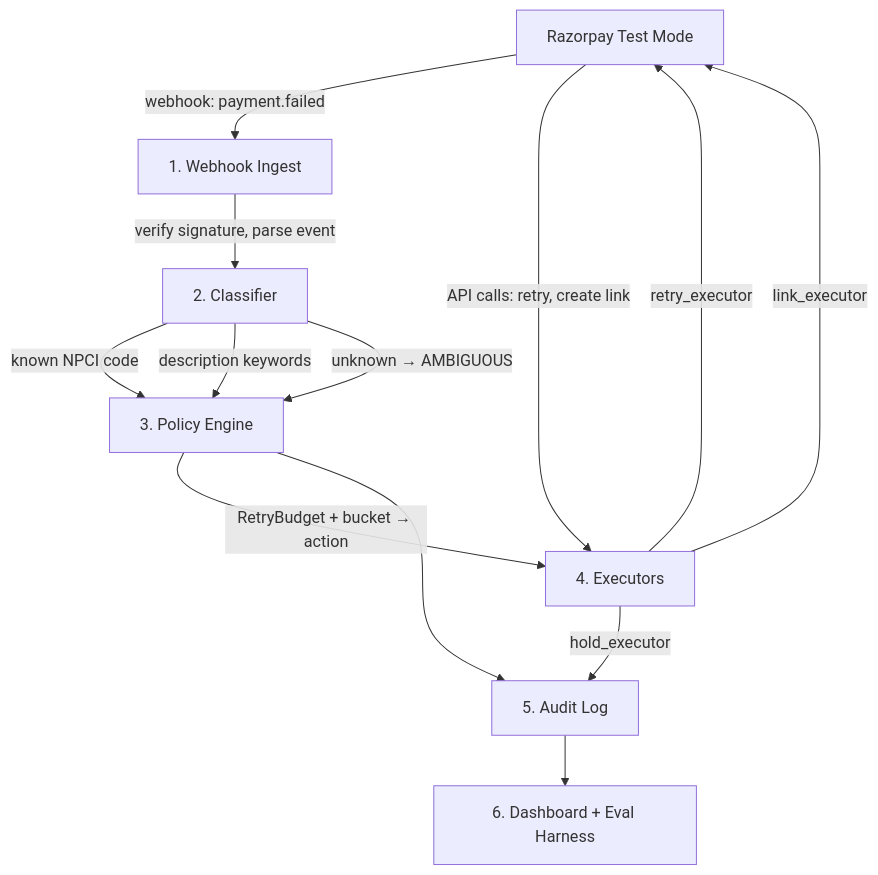
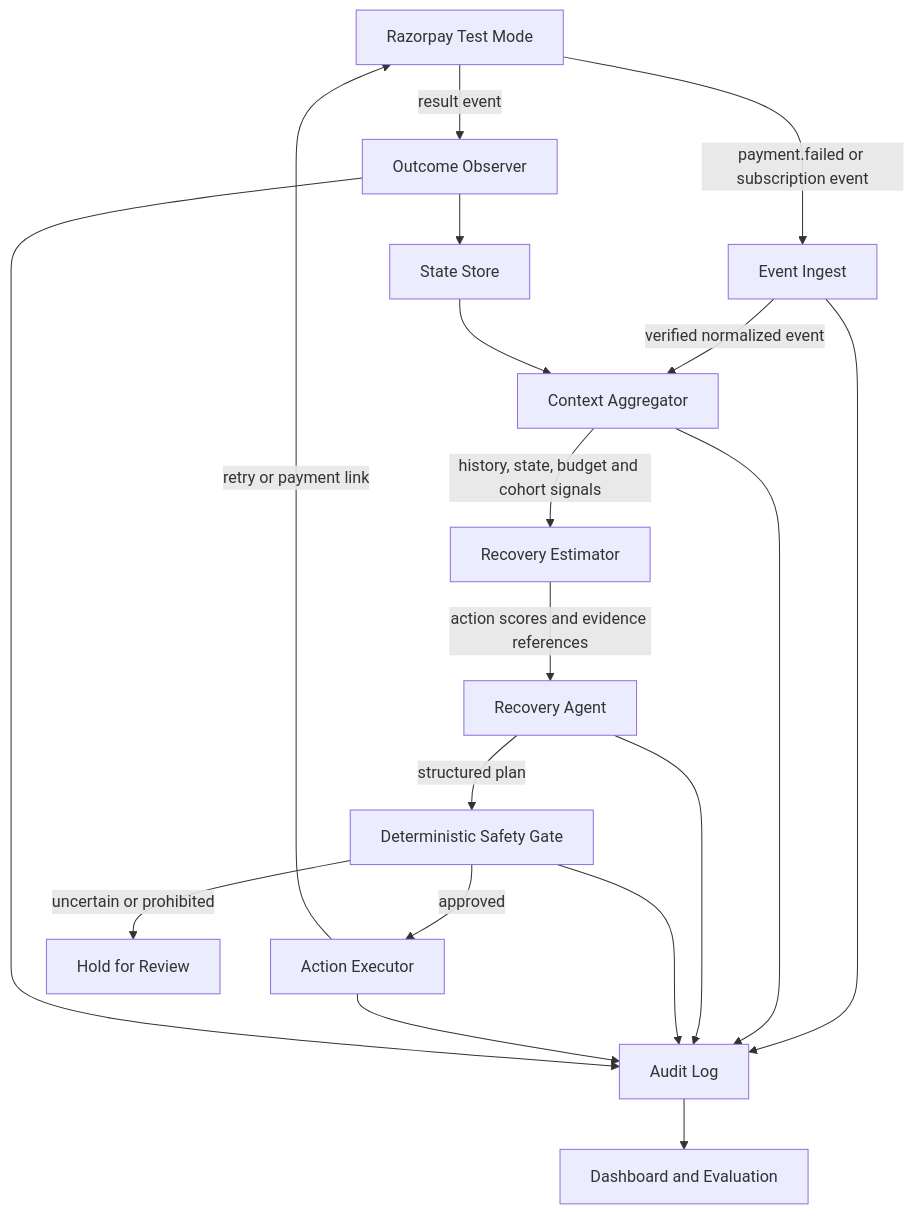
The first of 2 diagrams in README.md (kundanjan/mandate-doctor), drawn with Mermaid before and after one commit. The commit also changed other lines of this file, not shown here.

Commit message:
docs: align README with evidence-bound evaluation

````diff
--- a/README.md
+++ b/README.md
@@ -35,20 +45,21 @@
 ```mermaid
 flowchart TD
-    A[Razorpay Test Mode] -->|webhook: payment.failed| B[1. Webhook Ingest]
-    A -->|API calls: retry, create link| E[4. Executors]
-
-    B -->|verify signature, parse event| C[2. Classifier]
-
-    C -->|known NPCI code| D[3. Policy Engine]
-    C -->|description keywords| D
-    C -->|unknown → AMBIGUOUS| D
-
-    D -->|RetryBudget + bucket → action| E
-
-    E -->|retry_executor| A
-    E -->|link_executor| A
-    E -->|hold_executor| F[5. Audit Log]
-
-    D --> F
-    F --> G[6. Dashboard + Eval Harness]
+    R[Razorpay Test Mode] -->|payment.failed or subscription event| I[Event Ingest]
+    I -->|verified normalized event| C[Context Aggregator]
+    C -->|history, state, budget and cohort signals| E[Recovery Estimator]
+    E -->|action scores and evidence references| A[Recovery Agent]
+    A -->|structured plan| G[Deterministic Safety Gate]
+    G -->|approved| X[Action Executor]
+    G -->|uncertain or prohibited| H[Hold for Review]
+    X -->|retry or payment link| R
+    R -->|result event| O[Outcome Observer]
+    O --> S[State Store]
+    S --> C
+    I --> L[Audit Log]
+    C --> L
+    A --> L
+    G --> L
+    X --> L
+    O --> L
+    L --> D[Dashboard and Evaluation]
 ```
````
